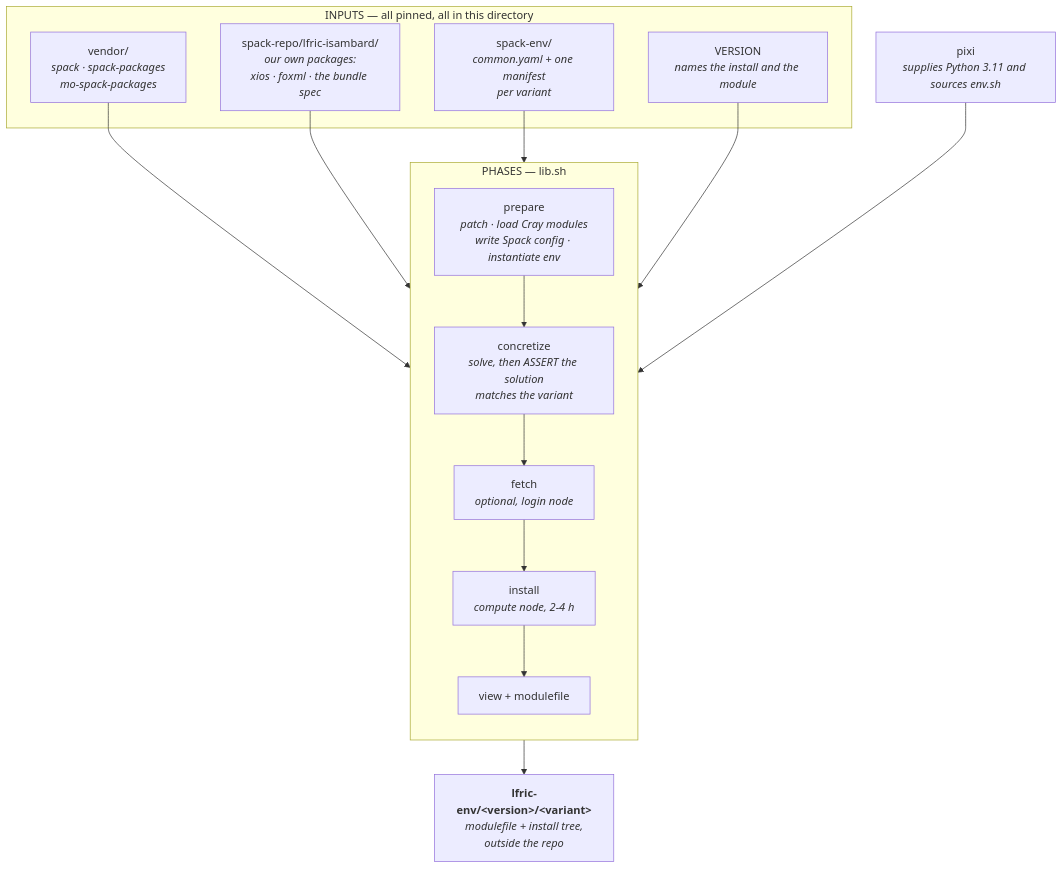
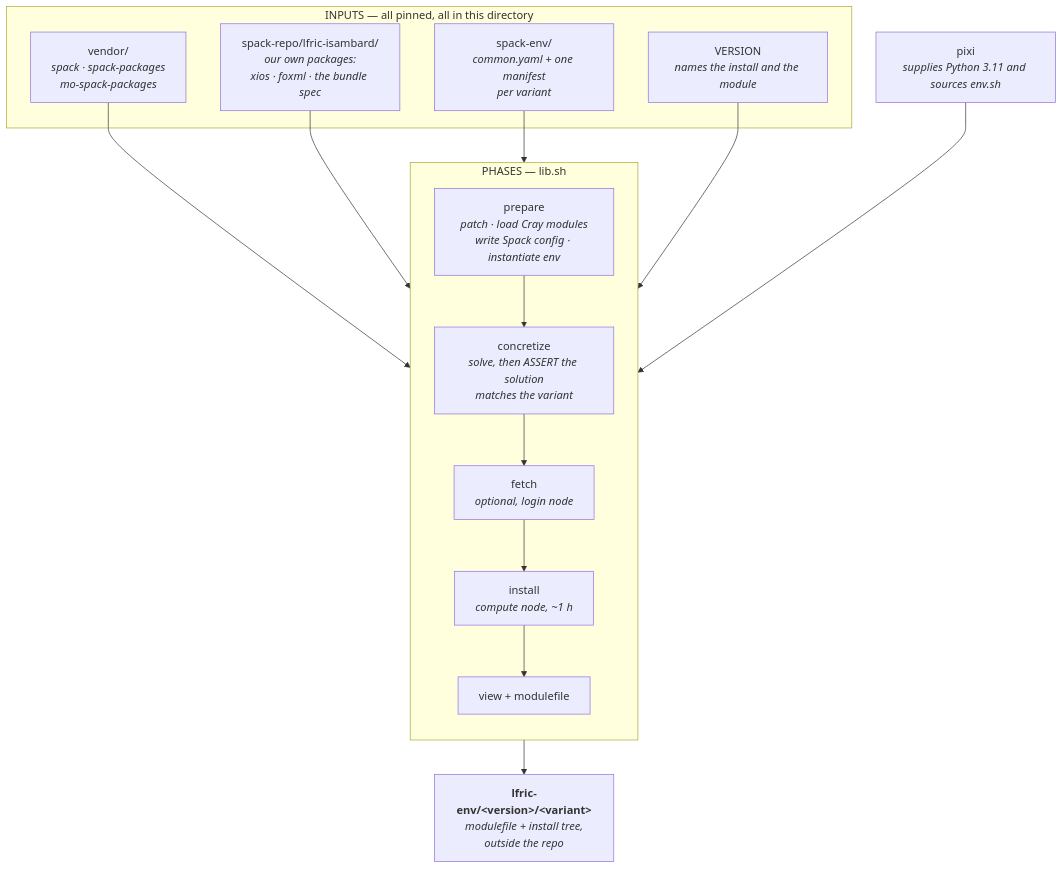
Before and after one commit to ickc/lfric-env-isambard: the first of 2 diagrams in stage1/README.md, drawn with Mermaid. The commit also changed other lines of this file and 2 other files, not shown here.

````diff
--- a/stage1/README.md
+++ b/stage1/README.md
@@ -23,30 +23,30 @@
 ```mermaid
 flowchart TB
     subgraph IN["INPUTS — all pinned, all in this directory"]
         SUB["vendor/<br/><i>spack · spack-packages<br/>mo-spack-packages</i>"]
         REPO["spack-repo/lfric-isambard/<br/><i>our own packages:<br/>xios · foxml · the bundle spec</i>"]
         YAML["spack-env/<br/><i>common.yaml + one manifest<br/>per variant</i>"]
         VER["VERSION<br/><i>names the install and the module</i>"]
     end
 
     PIXI["pixi<br/><i>supplies Python 3.11 and sources env.sh</i>"]
 
     subgraph PH["PHASES — lib.sh"]
         direction TB
         P1["prepare<br/><i>patch · load Cray modules<br/>write Spack config · instantiate env</i>"]
         P2["concretize<br/><i>solve, then ASSERT the solution<br/>matches the variant</i>"]
         P3["fetch<br/><i>optional, login node</i>"]
-        P4["install<br/><i>compute node, 2-4 h</i>"]
+        P4["install<br/><i>compute node, ~1 h</i>"]
         P5["view + modulefile"]
         P1 --> P2 --> P3 --> P4 --> P5
     end
 
     OUT["<b>lfric-env/&lt;version&gt;/&lt;variant&gt;</b><br/><i>modulefile + install tree,<br/>outside the repo</i>"]
 
     SUB --> P1
     REPO --> P1
     YAML --> P1
     VER --> P1
     PIXI --> P1
     P5 --> OUT
 ```
````
